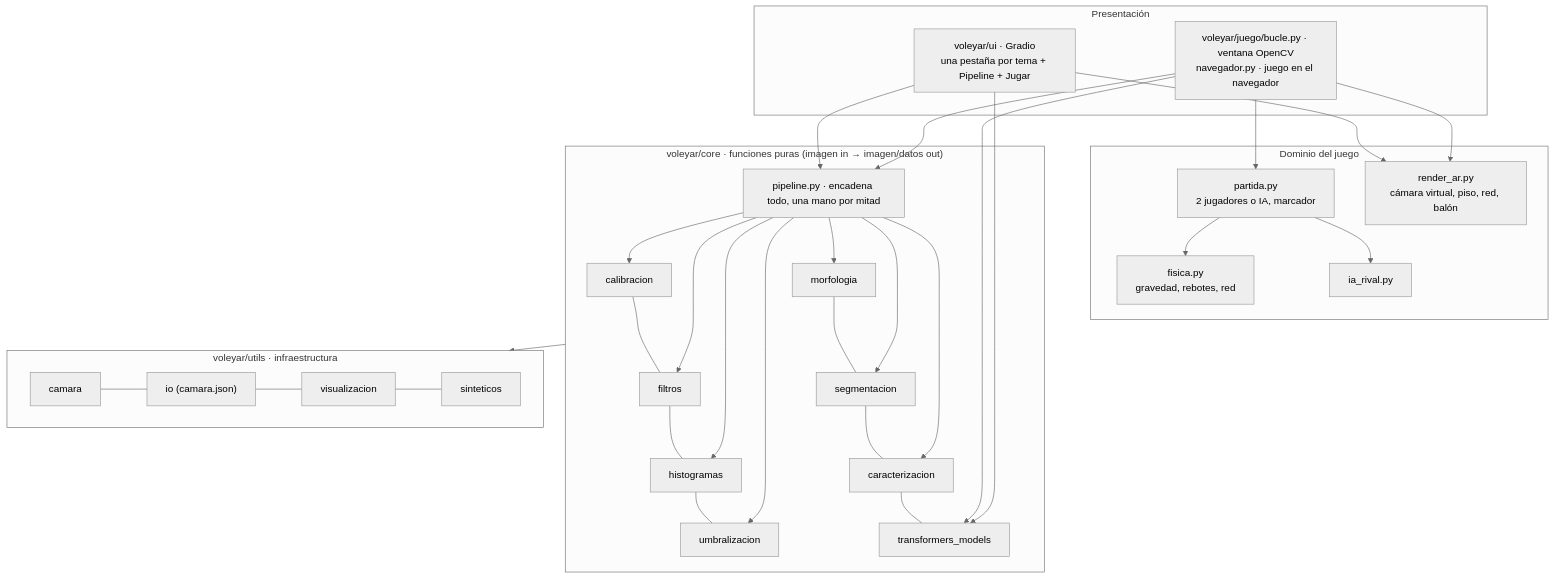
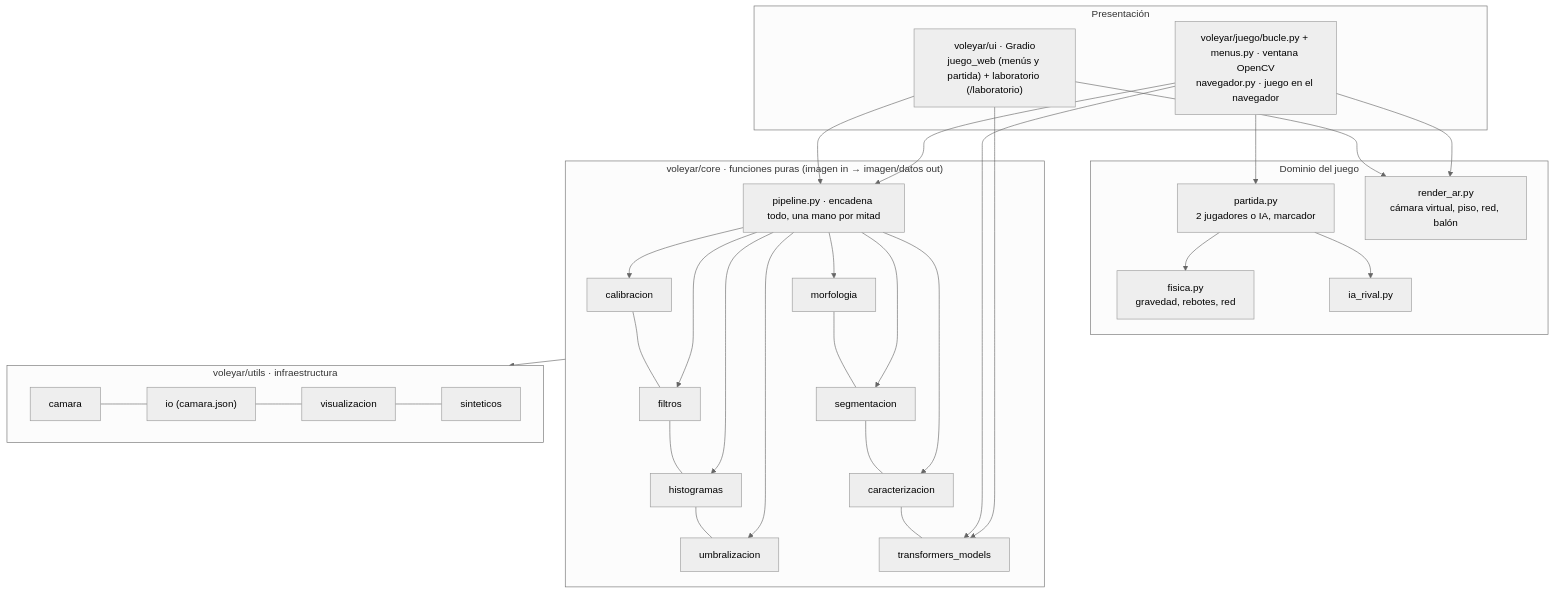
The second of 3 diagrams in README.md (Jeol28/Voley-AR), drawn with Mermaid (neutral theme) before and after one commit. The commit also changed other lines of this file and 3 other files, not shown here.

Commit message:
docs: el juego primero; laboratorio aparte

````diff
--- a/README.md
+++ b/README.md
@@ -274,32 +293,32 @@
 ```mermaid
 flowchart TB
     subgraph Presentacion["Presentación"]
-        UI["voleyar/ui · Gradio<br/>una pestaña por tema + Pipeline + Jugar"]
-        BUCLE["voleyar/juego/bucle.py · ventana OpenCV<br/>navegador.py · juego en el navegador"]
+        UI["voleyar/ui · Gradio<br/>juego_web (menús y partida) + laboratorio (/laboratorio)"]
+        BUCLE["voleyar/juego/bucle.py + menus.py · ventana OpenCV<br/>navegador.py · juego en el navegador"]
     end
     subgraph Juego["Dominio del juego"]
         FIS["fisica.py<br/>gravedad, rebotes, red"]
         IA["ia_rival.py"]
         PAR["partida.py<br/>2 jugadores o IA, marcador"]
         REN["render_ar.py<br/>cámara virtual, piso, red, balón"]
     end
     subgraph Core["voleyar/core · funciones puras (imagen in → imagen/datos out)"]
         CAL["calibracion"] --- FIL["filtros"] --- HIS["histogramas"] --- UMB["umbralizacion"]
         MOR["morfologia"] --- SEG["segmentacion"] --- CAR["caracterizacion"] --- TRF["transformers_models"]
         PIPE["pipeline.py · encadena todo, una mano por mitad"]
     end
     subgraph Utils["voleyar/utils · infraestructura"]
         CAM["camara"] --- IO["io (camara.json)"] --- VIS["visualizacion"] --- SIN["sinteticos"]
     end
     UI --> PIPE
     UI --> REN
     BUCLE --> PIPE
     BUCLE --> PAR
     BUCLE --> REN
     PAR --> FIS
     PAR --> IA
     PIPE --> CAL & FIL & HIS & UMB & MOR & SEG & CAR
     BUCLE --> TRF
     UI --> TRF
     Core --> Utils
 ```
````
